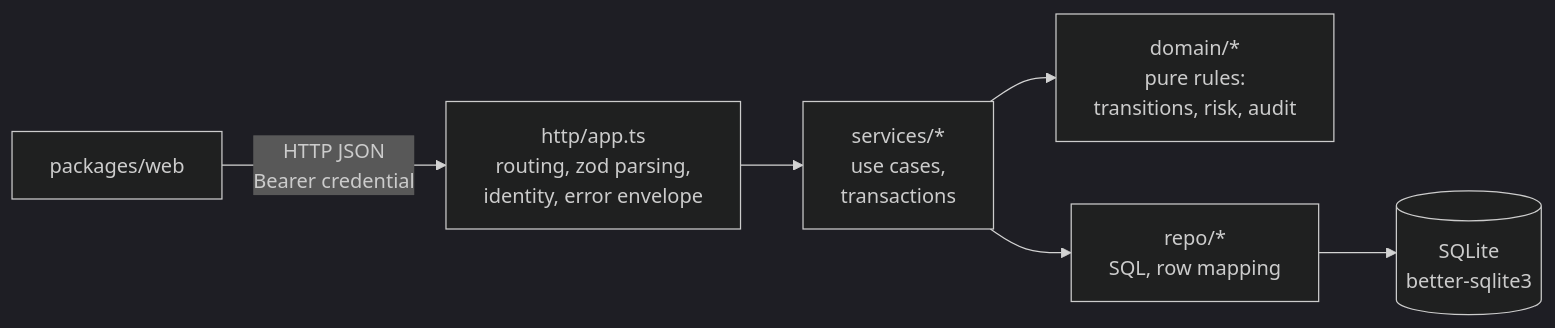
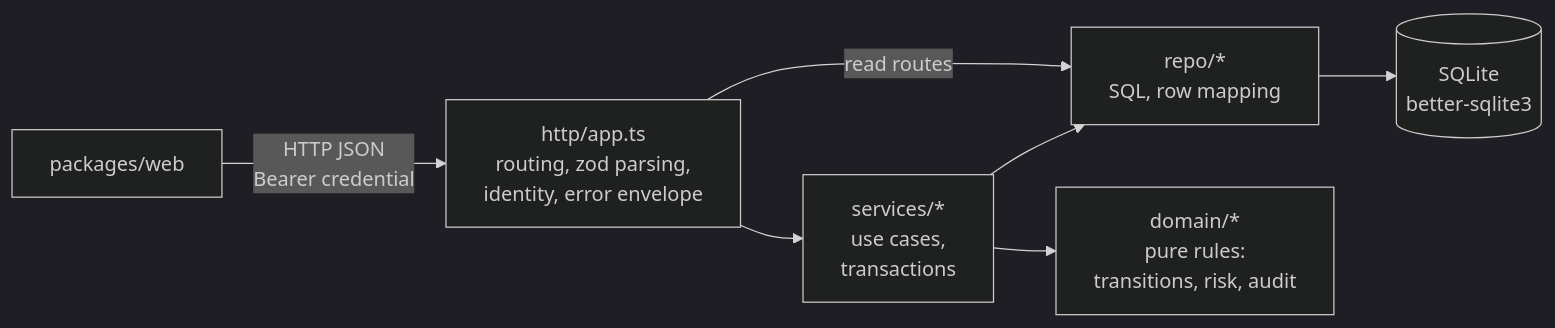
One commit to andreobueno/fde-demo changed the diagram in docs/ARCHITECTURE.md. Above: the diagram before and after it, drawn with Mermaid (dark theme). The commit also changed other lines of this file and 2 other files, not shown here.

Commit message:
docs: align architecture and security claims with current implementation

````diff
--- a/docs/ARCHITECTURE.md
+++ b/docs/ARCHITECTURE.md
@@ -27,8 +56,9 @@
 ```mermaid
 flowchart LR
     UI[packages/web] -->|HTTP JSON<br/>Bearer credential| HTTP[http/app.ts<br/>routing, zod parsing,<br/>identity, error envelope]
     HTTP --> SVC[services/*<br/>use cases,<br/>transactions]
+    HTTP -->|read routes| REPO
     SVC --> DOM[domain/*<br/>pure rules:<br/>transitions, risk, audit]
     SVC --> REPO[repo/*<br/>SQL, row mapping]
     REPO --> DB[(SQLite<br/>better-sqlite3)]
 ```
````
